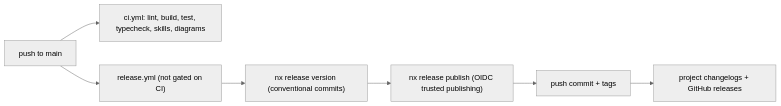
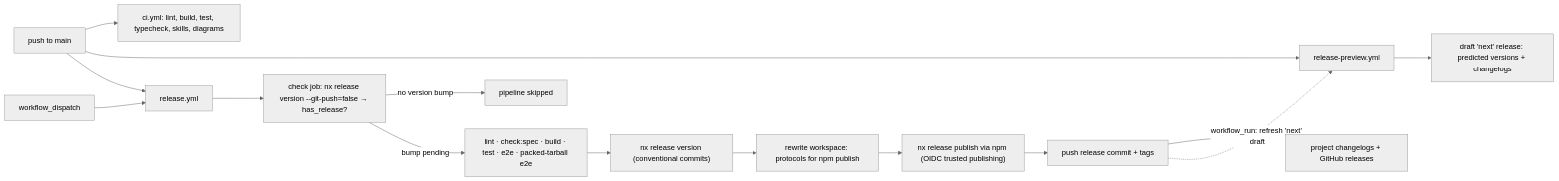
Before and after one commit to nx-devkit/nx.ts: the diagram in docs/diagrams/release-flow.mmd, drawn with Mermaid (neutral theme).

Commit message:
docs(diagrams): update release-flow for check gate, preview, npm publish

```diff
--- a/docs/diagrams/release-flow.mmd
+++ b/docs/diagrams/release-flow.mmd
@@ -1,7 +1,15 @@
 flowchart LR
-  PR["push to main"] --> CI["ci.yml: lint, build, test, typecheck, skills, diagrams"]
-  PR --> REL["release.yml (not gated on CI)"]
-  REL --> VER["nx release version (conventional commits)"]
-  VER --> PUB["nx release publish (OIDC trusted publishing)"]
-  PUB --> TAG["push commit + tags"]
+  PUSH["push to main"] --> CI["ci.yml: lint, build, test, typecheck, skills, diagrams"]
+  PUSH --> PV["release-preview.yml"]
+  PUSH --> REL["release.yml"]
+  DISP["workflow_dispatch"] --> REL
+  PV --> NEXT["draft 'next' release: predicted versions + changelogs"]
+  REL --> CHK["check job: nx release version --git-push=false → has_release?"]
+  CHK -->|"no version bump"| SKIP["pipeline skipped"]
+  CHK -->|"bump pending"| GATE["lint · check:spec · build · test · e2e · packed-tarball e2e"]
+  GATE --> VER["nx release version (conventional commits)"]
+  VER --> REWR["rewrite workspace: protocols for npm publish"]
+  REWR --> PUB["nx release publish via npm (OIDC trusted publishing)"]
+  PUB --> TAG["push release commit + tags"]
   TAG --> CH["project changelogs + GitHub releases"]
+  TAG -.->|"workflow_run: refresh 'next' draft"| PV
```
